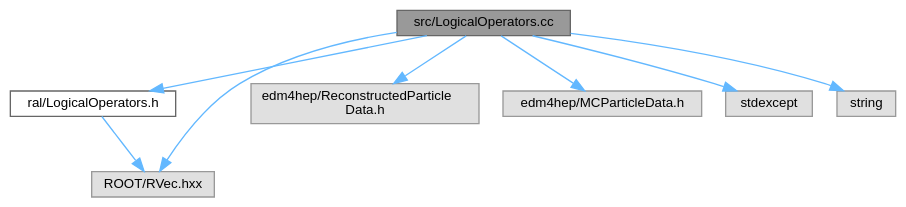
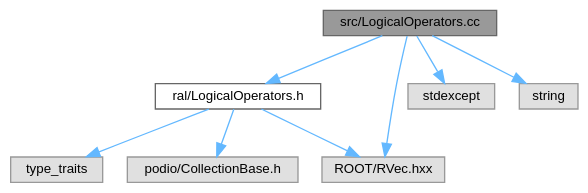
The diagram in docs/LogicalOperators_8cc__incl.dot (Juanki0396/ral), drawn with Graphviz before and after one commit. The commit also changed 26 other files, not shown here.

```diff
--- a/docs/LogicalOperators_8cc__incl.dot
+++ b/docs/LogicalOperators_8cc__incl.dot
@@ -1,21 +1,21 @@
 digraph "src/LogicalOperators.cc"
 {
  // LATEX_PDF_SIZE
   bgcolor="transparent";
   edge [fontname=Helvetica,fontsize=10,labelfontname=Helvetica,labelfontsize=10];
   node [fontname=Helvetica,fontsize=10,shape=box,height=0.2,width=0.4];
   Node1 [id="Node000001",label="src/LogicalOperators.cc",height=0.2,width=0.4,color="gray40", fillcolor="grey60", style="filled", fontcolor="black",tooltip=" "];
   Node1 -> Node2 [id="edge1_Node000001_Node000002",color="steelblue1",style="solid",tooltip=" "];
   Node2 [id="Node000002",label="ral/LogicalOperators.h",height=0.2,width=0.4,color="grey40", fillcolor="white", style="filled",URL="$LogicalOperators_8h.html",tooltip=" "];
   Node2 -> Node3 [id="edge2_Node000002_Node000003",color="steelblue1",style="solid",tooltip=" "];
-  Node3 [id="Node000003",label="ROOT/RVec.hxx",height=0.2,width=0.4,color="grey60", fillcolor="#E0E0E0", style="filled",tooltip=" "];
-  Node1 -> Node3 [id="edge3_Node000001_Node000003",color="steelblue1",style="solid",tooltip=" "];
-  Node1 -> Node4 [id="edge4_Node000001_Node000004",color="steelblue1",style="solid",tooltip=" "];
-  Node4 [id="Node000004",label="edm4hep/ReconstructedParticle\lData.h",height=0.2,width=0.4,color="grey60", fillcolor="#E0E0E0", style="filled",tooltip=" "];
-  Node1 -> Node5 [id="edge5_Node000001_Node000005",color="steelblue1",style="solid",tooltip=" "];
-  Node5 [id="Node000005",label="edm4hep/MCParticleData.h",height=0.2,width=0.4,color="grey60", fillcolor="#E0E0E0", style="filled",tooltip=" "];
+  Node3 [id="Node000003",label="type_traits",height=0.2,width=0.4,color="grey60", fillcolor="#E0E0E0", style="filled",tooltip=" "];
+  Node2 -> Node4 [id="edge3_Node000002_Node000004",color="steelblue1",style="solid",tooltip=" "];
+  Node4 [id="Node000004",label="ROOT/RVec.hxx",height=0.2,width=0.4,color="grey60", fillcolor="#E0E0E0", style="filled",tooltip=" "];
+  Node2 -> Node5 [id="edge4_Node000002_Node000005",color="steelblue1",style="solid",tooltip=" "];
+  Node5 [id="Node000005",label="podio/CollectionBase.h",height=0.2,width=0.4,color="grey60", fillcolor="#E0E0E0", style="filled",tooltip=" "];
+  Node1 -> Node4 [id="edge5_Node000001_Node000004",color="steelblue1",style="solid",tooltip=" "];
   Node1 -> Node6 [id="edge6_Node000001_Node000006",color="steelblue1",style="solid",tooltip=" "];
   Node6 [id="Node000006",label="stdexcept",height=0.2,width=0.4,color="grey60", fillcolor="#E0E0E0", style="filled",tooltip=" "];
   Node1 -> Node7 [id="edge7_Node000001_Node000007",color="steelblue1",style="solid",tooltip=" "];
   Node7 [id="Node000007",label="string",height=0.2,width=0.4,color="grey60", fillcolor="#E0E0E0", style="filled",tooltip=" "];
 }
```
